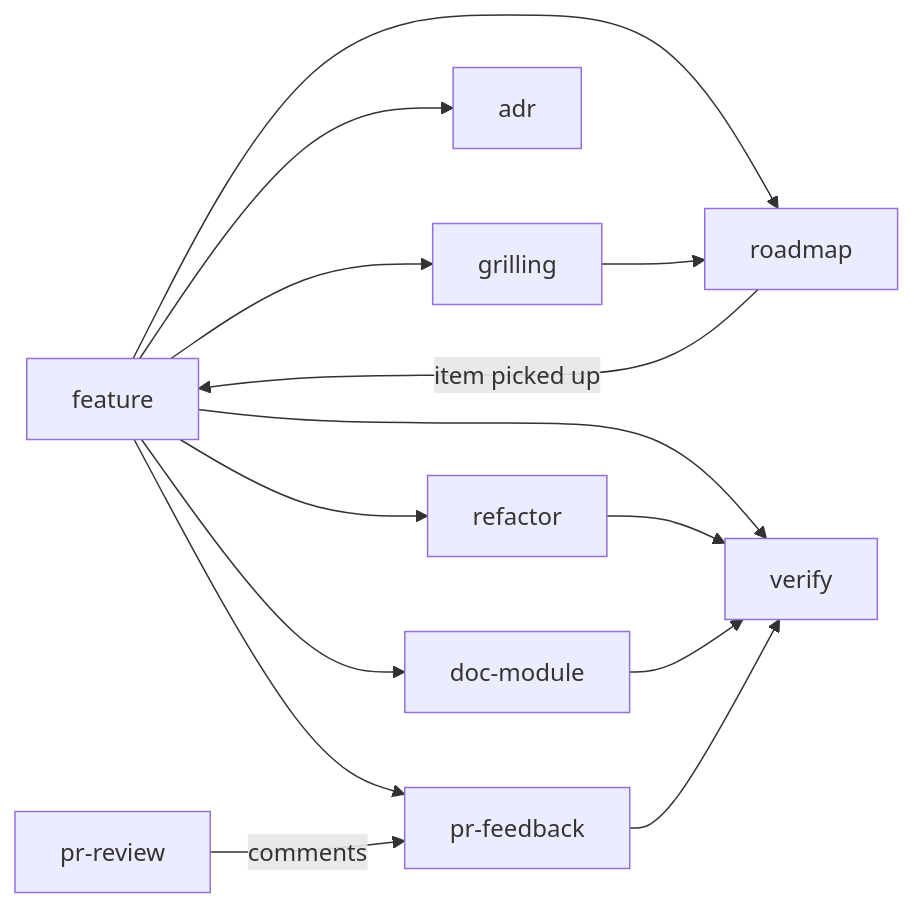
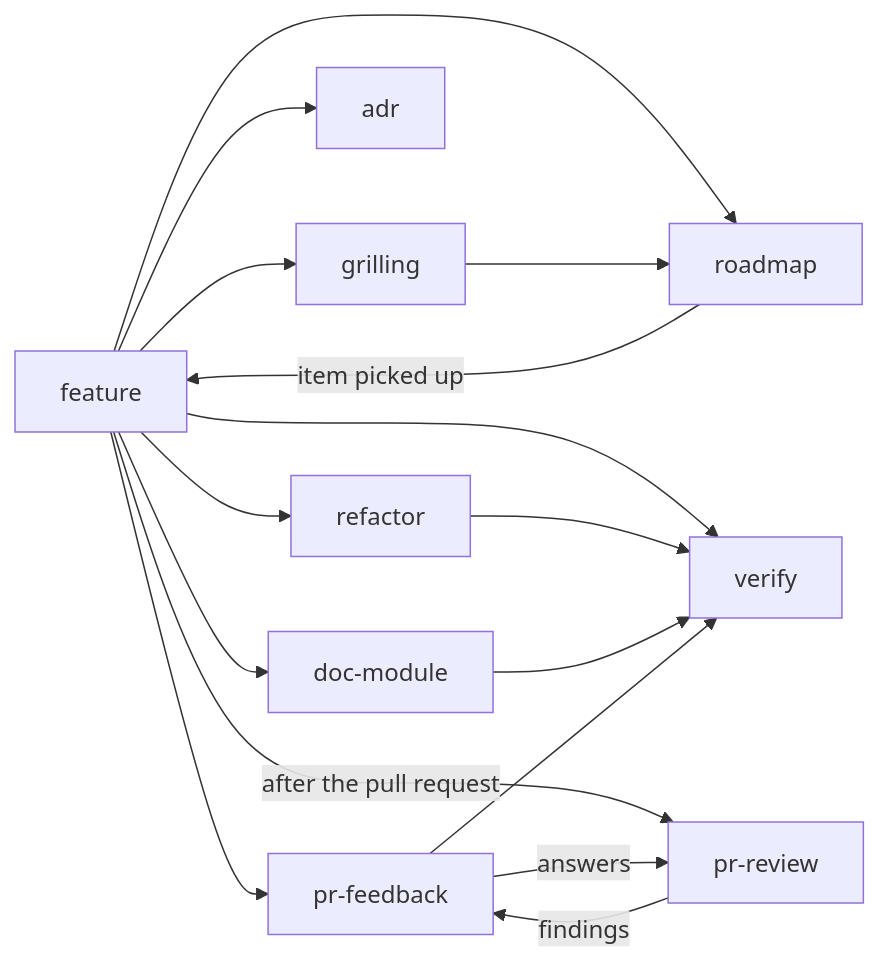
The diagram in .agents/skills/README.md (SMB-M87/Kinetra), drawn with Mermaid before and after one commit. The commit also changed other lines of this file and 8 other files, not shown here.

First line of the commit message:
feat(workflow): agent review on every pull request, merges under a rule

````diff
--- a/.agents/skills/README.md
+++ b/.agents/skills/README.md
@@ -34,16 +34,18 @@
 ```mermaid
 flowchart LR
     F[feature] --> G[grilling]
     F --> A[adr]
     F --> R[refactor]
     F --> V[verify]
     F --> D[doc-module]
     R --> V
     D --> V
     F --> P[pr-feedback]
     P --> V
-    PR[pr-review] -->|comments| P
+    F -->|after the pull request| PR[pr-review]
+    PR -->|findings| P
+    P -->|answers| PR
     F --> RM[roadmap]
     G --> RM
     RM -->|item picked up| F
 ```
````
